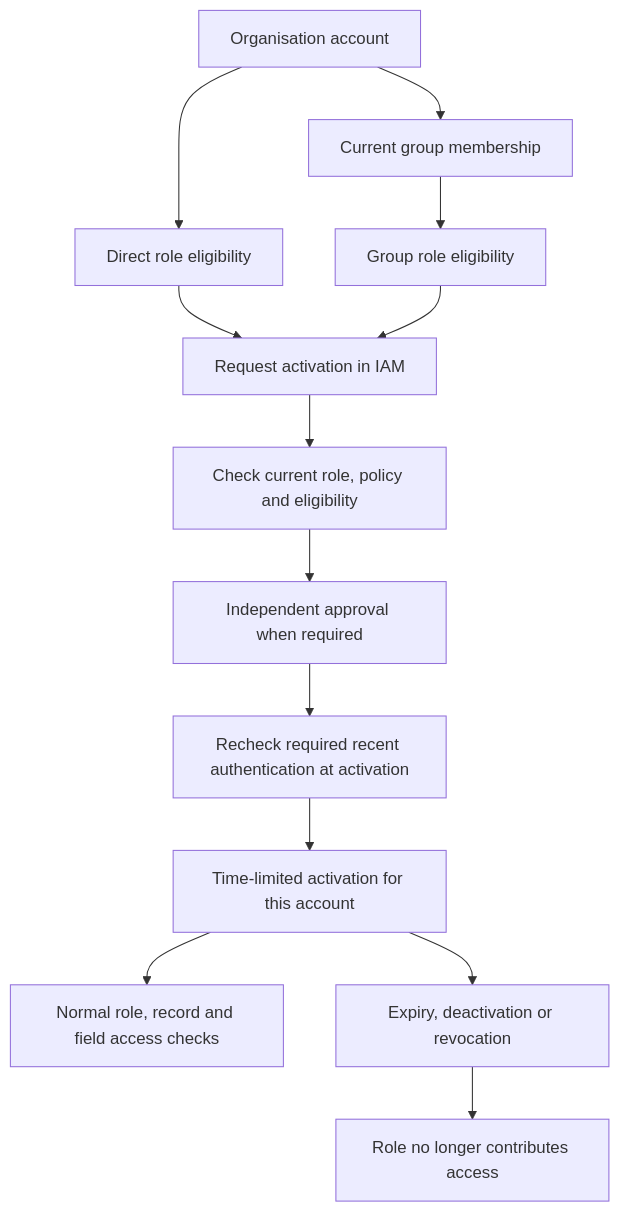
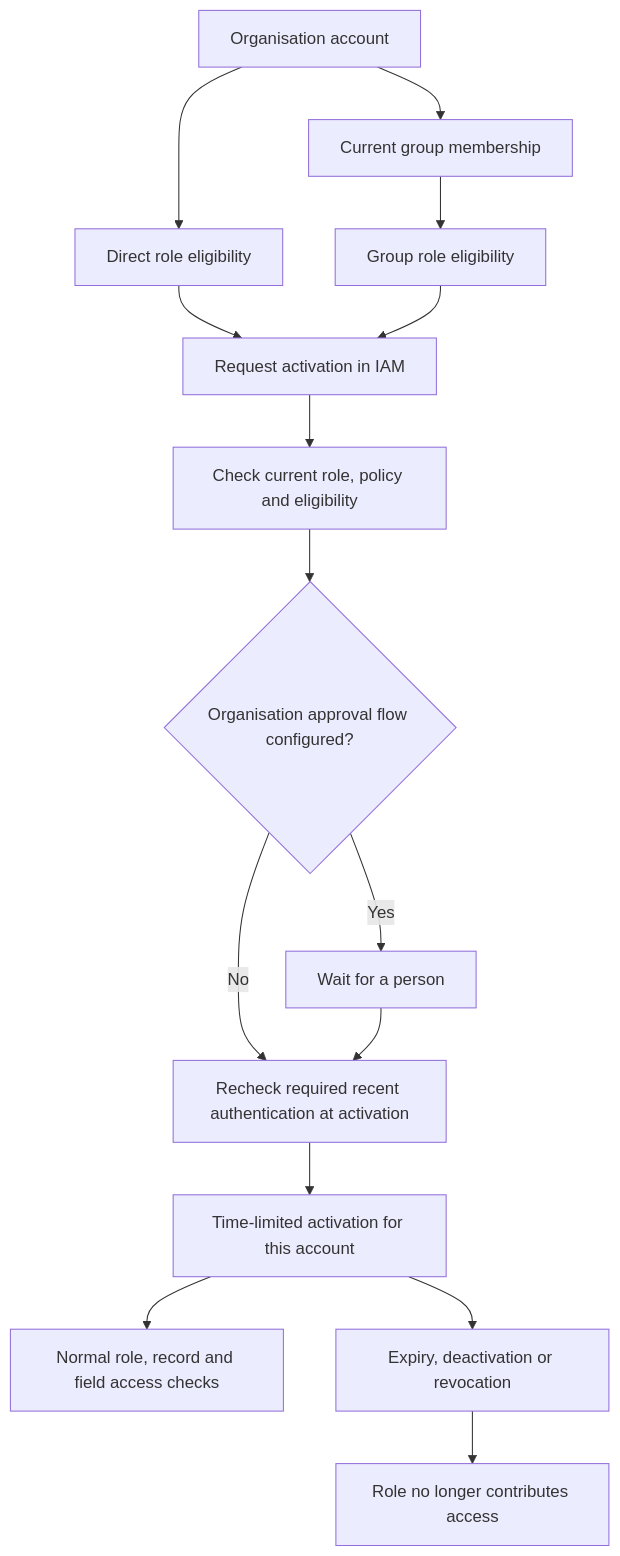
Before and after one commit to Abzum-NZ/Abzum-Vortex: the second of 5 diagrams in docs/specification/appendices/groups-and-privileged-access.md, drawn with Mermaid. The commit also changed other lines of this file and 3 other files, not shown here.

````diff
--- a/docs/specification/appendices/groups-and-privileged-access.md
+++ b/docs/specification/appendices/groups-and-privileged-access.md
@@ -70,15 +70,17 @@
 ```mermaid
 flowchart TD
     ACCOUNT[Organisation account] --> DIRECT[Direct role eligibility]
     ACCOUNT --> MEMBER[Current group membership]
     MEMBER --> GROUP[Group role eligibility]
     DIRECT --> REQUEST[Request activation in IAM]
     GROUP --> REQUEST
     REQUEST --> CHECK[Check current role, policy and eligibility]
-    CHECK --> REVIEW[Independent approval when required]
-    REVIEW --> AUTH[Recheck required recent authentication at activation]
+    CHECK --> FLOW{Organisation approval flow configured?}
+    FLOW -- Yes --> WAIT[Wait for a person]
+    FLOW -- No --> AUTH[Recheck required recent authentication at activation]
+    WAIT --> AUTH
     AUTH --> ACTIVE[Time-limited activation for this account]
     ACTIVE --> ACCESS[Normal role, record and field access checks]
     ACTIVE --> END[Expiry, deactivation or revocation]
     END --> NONE[Role no longer contributes access]
 ```
````
